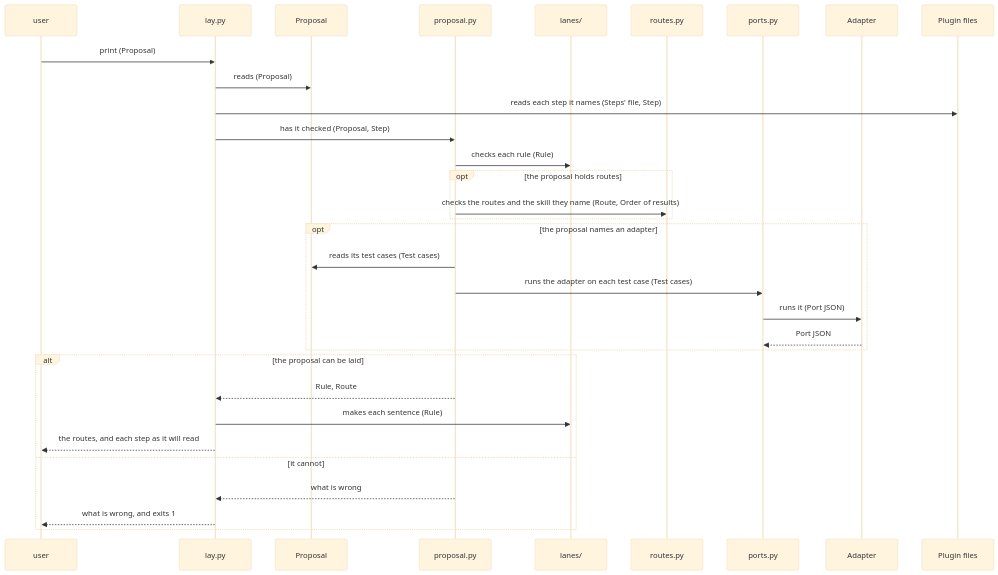
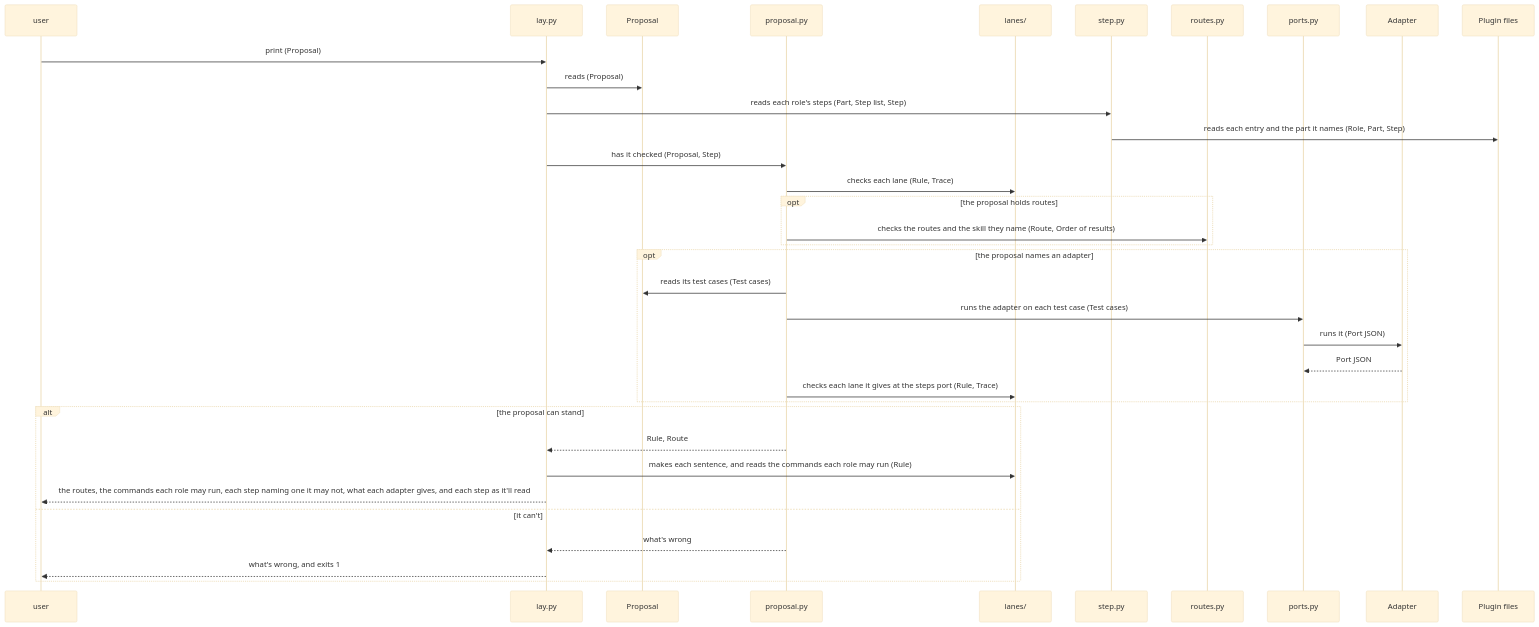
One commit to lovaizu/ccpm changed the first of 7 diagrams in dev/lane/architecture.md. Above: the diagram before and after it, drawn with Mermaid (base theme). The commit also changed other lines of this file and 7 other files, not shown here.

````diff
--- a/dev/lane/architecture.md
+++ b/dev/lane/architecture.md
@@ -329,34 +422,37 @@
 ```mermaid
 sequenceDiagram
   participant U as user
   participant L as lay.py
   participant PS as Proposal
   participant P as proposal.py
   participant LN as lanes/
+  participant ST as step.py
   participant RT as routes.py
   participant PO as ports.py
   participant AD as Adapter
   participant PF as Plugin files
   U->>L: print (Proposal)
   L->>PS: reads (Proposal)
-  L->>PF: reads each step it names (Steps' file, Step)
+  L->>ST: reads each role's steps (Part, Step list, Step)
+  ST->>PF: reads each entry and the part it names (Role, Part, Step)
   L->>P: has it checked (Proposal, Step)
-  P->>LN: checks each rule (Rule)
+  P->>LN: checks each lane (Rule, Trace)
   opt the proposal holds routes
     P->>RT: checks the routes and the skill they name (Route, Order of results)
   end
   opt the proposal names an adapter
     P->>PS: reads its test cases (Test cases)
     P->>PO: runs the adapter on each test case (Test cases)
     PO->>AD: runs it (Port JSON)
     AD-->>PO: Port JSON
+    P->>LN: checks each lane it gives at the steps port (Rule, Trace)
   end
-  alt the proposal can be laid
+  alt the proposal can stand
     P-->>L: Rule, Route
-    L->>LN: makes each sentence (Rule)
-    L-->>U: the routes, and each step as it will read
-  else it cannot
-    P-->>L: what is wrong
-    L-->>U: what is wrong, and exits 1
+    L->>LN: makes each sentence, and reads the commands each role may run (Rule)
+    L-->>U: the routes, the commands each role may run, each step naming one it may not, what each adapter gives, and each step as it'll read
+  else it can't
+    P-->>L: what's wrong
+    L-->>U: what's wrong, and exits 1
   end
 ```
````
